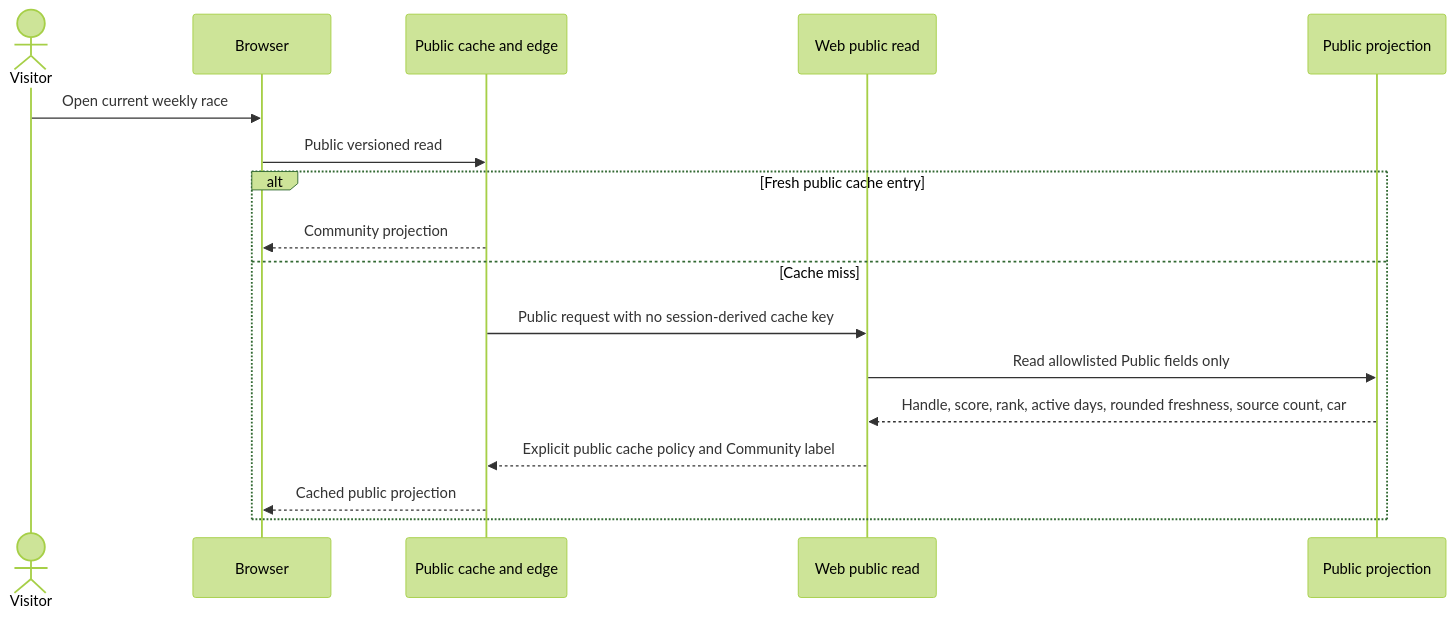
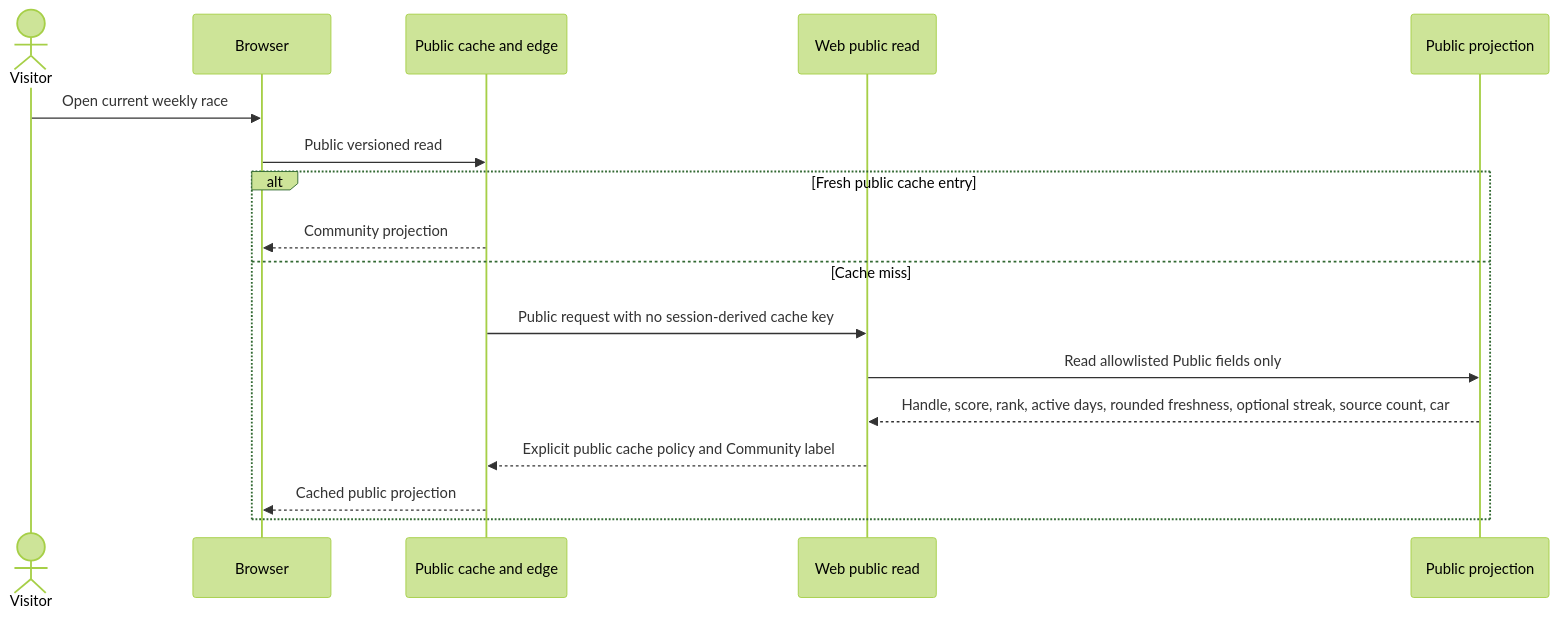
Before and after one commit to Tah10n/viberacing: the eighth of 10 diagrams in docs/architecture/DATA_FLOW.md, drawn with Mermaid (forest theme). The commit also changed other lines of this file and 42 other files, not shown here.

````diff
--- a/docs/architecture/DATA_FLOW.md
+++ b/docs/architecture/DATA_FLOW.md
@@ -594,20 +599,20 @@
 ```mermaid
 sequenceDiagram
   actor Visitor
   participant Browser
   participant Edge as Public cache and edge
   participant Web as Web public read
   participant DB as Public projection
 
   Visitor->>Browser: Open current weekly race
   Browser->>Edge: Public versioned read
   alt Fresh public cache entry
     Edge-->>Browser: Community projection
   else Cache miss
     Edge->>Web: Public request with no session-derived cache key
     Web->>DB: Read allowlisted Public fields only
-    DB-->>Web: Handle, score, rank, active days, rounded freshness, source count, car
+    DB-->>Web: Handle, score, rank, active days, rounded freshness, optional streak, source count, car
     Web-->>Edge: Explicit public cache policy and Community label
     Edge-->>Browser: Cached public projection
   end
 ```
````
